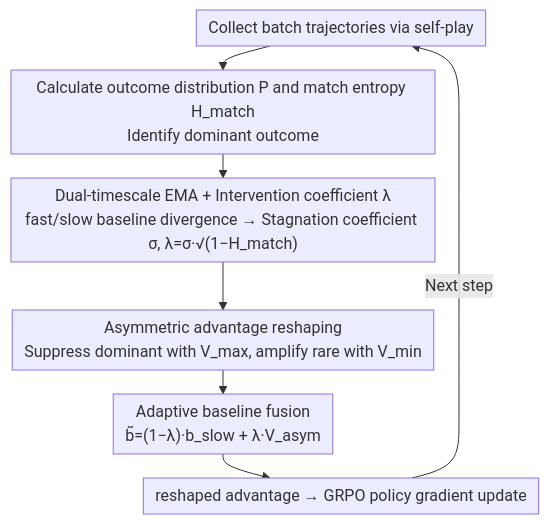
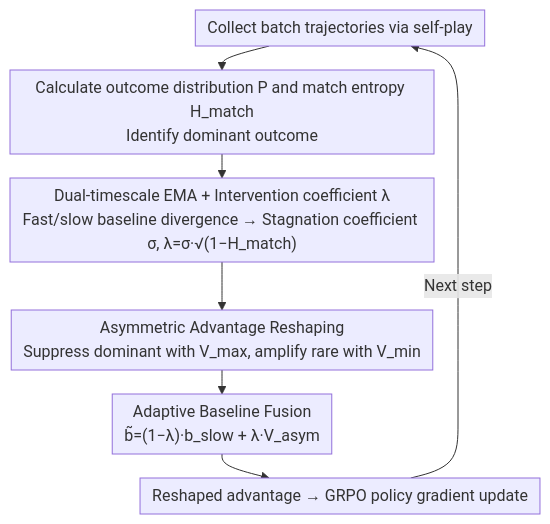
One commit to zhaoyang97/Paper-Notes-en changed the diagram in docs/ACL2026/reinforcement_learning/breaking_the_impasse_dual-scale_evolutionary_policy_training_for_social_language.md. Above: the diagram before and after it, drawn with Mermaid. The commit also changed other lines of this file and 5084 other files, not shown here.

````diff
--- a/docs/ACL2026/reinforcement_learning/breaking_the_impasse_dual-scale_evolutionary_policy_training_for_social_language.md
+++ b/docs/ACL2026/reinforcement_learning/breaking_the_impasse_dual-scale_evolutionary_policy_training_for_social_language.md
@@ -46,10 +46,10 @@
 ```mermaid
 %%{init: {'flowchart': {'rankSpacing': 24, 'nodeSpacing': 28, 'padding': 6, 'wrappingWidth': 400}}}%%
 flowchart TD
     A["Collect batch trajectories via self-play"] --> B["Calculate outcome distribution P and match entropy H_match<br/>Identify dominant outcome"]
-    B --> C["Dual-timescale EMA + Intervention coefficient λ<br/>fast/slow baseline divergence → Stagnation coefficient σ, λ=σ·√(1−H_match)"]
-    C --> D["Asymmetric advantage reshaping<br/>Suppress dominant with V_max, amplify rare with V_min"]
-    D --> E["Adaptive baseline fusion<br/>b̃=(1−λ)·b_slow + λ·V_asym"]
-    E --> F["reshaped advantage → GRPO policy gradient update"]
+    B --> C["Dual-timescale EMA + Intervention coefficient λ<br/>Fast/slow baseline divergence → Stagnation coefficient σ, λ=σ·√(1−H_match)"]
+    C --> D["Asymmetric Advantage Reshaping<br/>Suppress dominant with V_max, amplify rare with V_min"]
+    D --> E["Adaptive Baseline Fusion<br/>b̃=(1−λ)·b_slow + λ·V_asym"]
+    E --> F["Reshaped advantage → GRPO policy gradient update"]
     F -->|Next step| A
 ```
````
